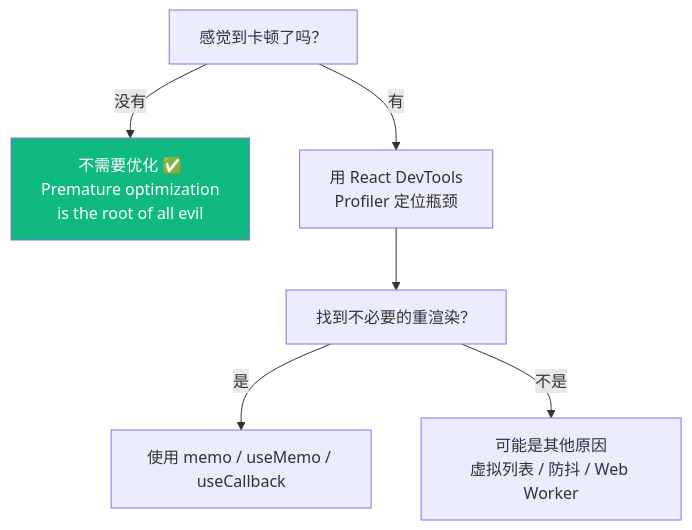
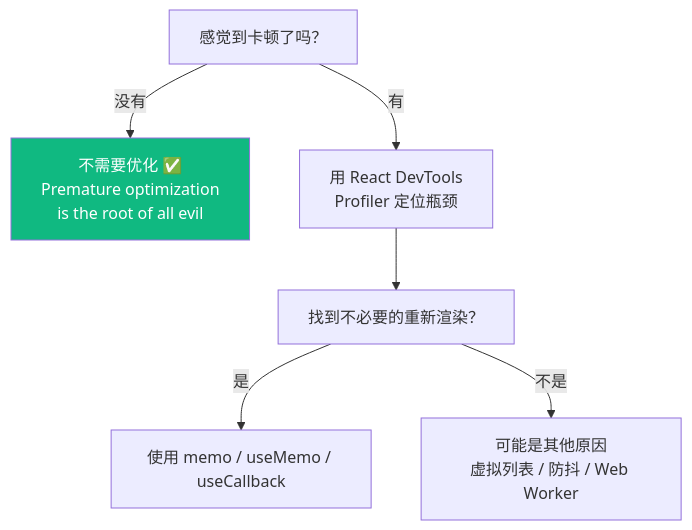
One commit to boltguo/react_learn changed the third of 7 diagrams in docs/Lesson_06.md. Above: the diagram before and after it, drawn with Mermaid. The commit also changed other lines of this file and 31 other files, not shown here.

Commit message:
docs: 统一Mermaid术语与配色层级

````diff
--- a/docs/Lesson_06.md
+++ b/docs/Lesson_06.md
@@ -212,11 +224,11 @@
 ```mermaid
 flowchart TB
     A["感觉到卡顿了吗？"]
     A -->|"没有"| B["不需要优化 ✅<br/>Premature optimization<br/>is the root of all evil"]
     A -->|"有"| C["用 React DevTools<br/>Profiler 定位瓶颈"]
-    C --> D["找到不必要的重渲染？"]
+    C --> D["找到不必要的重新渲染？"]
     D -->|"是"| E["使用 memo / useMemo / useCallback"]
     D -->|"不是"| F["可能是其他原因<br/>虚拟列表 / 防抖 / Web Worker"]
     
     style B fill:#10b981,color:#fff
 ```
````
